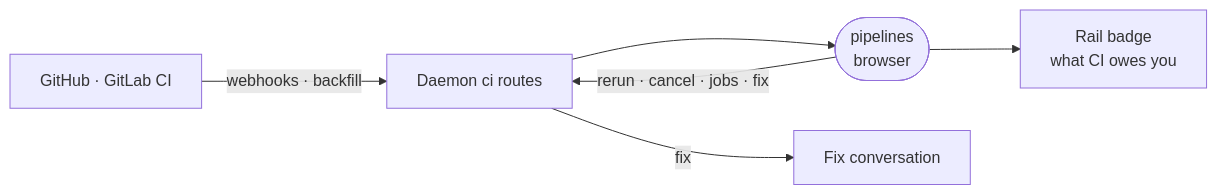
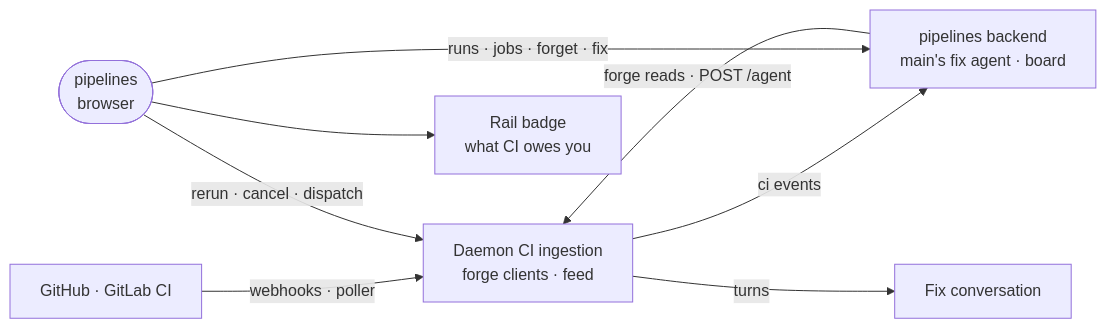
One commit to intentic/intentic changed the diagram in _extensions/pipelines/README.md. Above: the diagram before and after it, drawn with Mermaid. The commit also changed other lines of this file and 174 other files, not shown here.

````diff
--- a/_extensions/pipelines/README.md
+++ b/_extensions/pipelines/README.md
@@ -5,8 +5,10 @@
 ```mermaid
 flowchart LR
-    vendor["GitHub · GitLab CI"] -->|"webhooks · backfill"| daemon["Daemon ci routes"]
-    daemon --> ext(["pipelines<br/>browser"])
-    ext -->|"rerun · cancel · jobs · fix"| daemon
-    daemon -->|"fix"| agent["Fix conversation"]
+    vendor["GitHub · GitLab CI"] -->|"webhooks · poller"| daemon["Daemon CI ingestion<br/>forge clients · feed"]
+    daemon -->|"ci events"| backend["pipelines backend<br/>main's fix agent · board"]
+    backend -->|"forge reads · POST /agent"| daemon
+    ext(["pipelines<br/>browser"]) -->|"runs · jobs · forget · fix"| backend
+    ext -->|"rerun · cancel · dispatch"| daemon
+    daemon -->|"turns"| agent["Fix conversation"]
     ext --> badge["Rail badge<br/>what CI owes you"]
 ```
````
